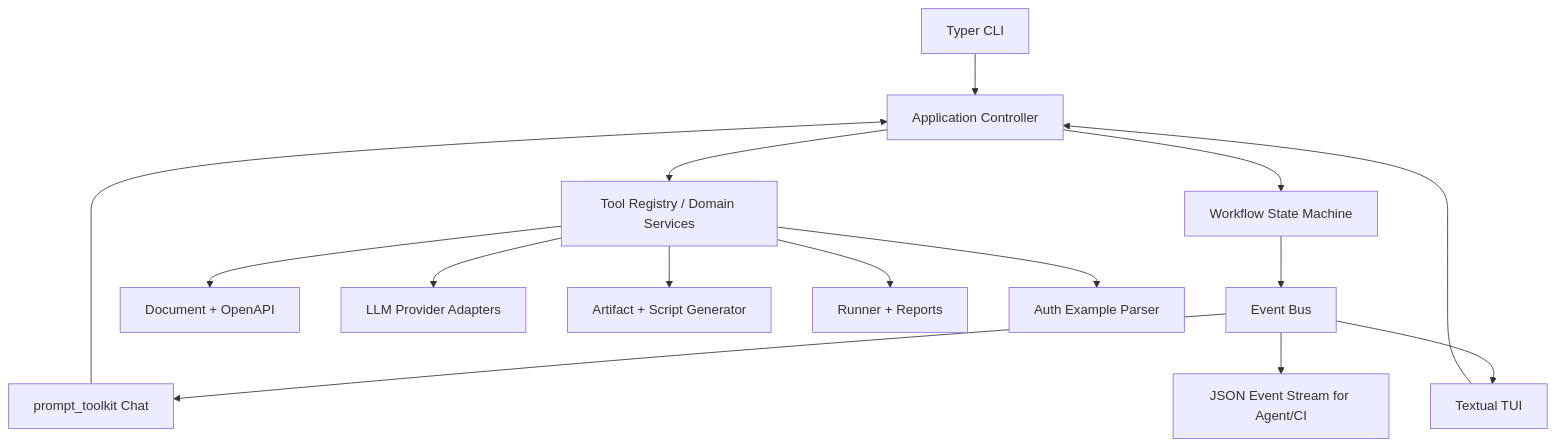
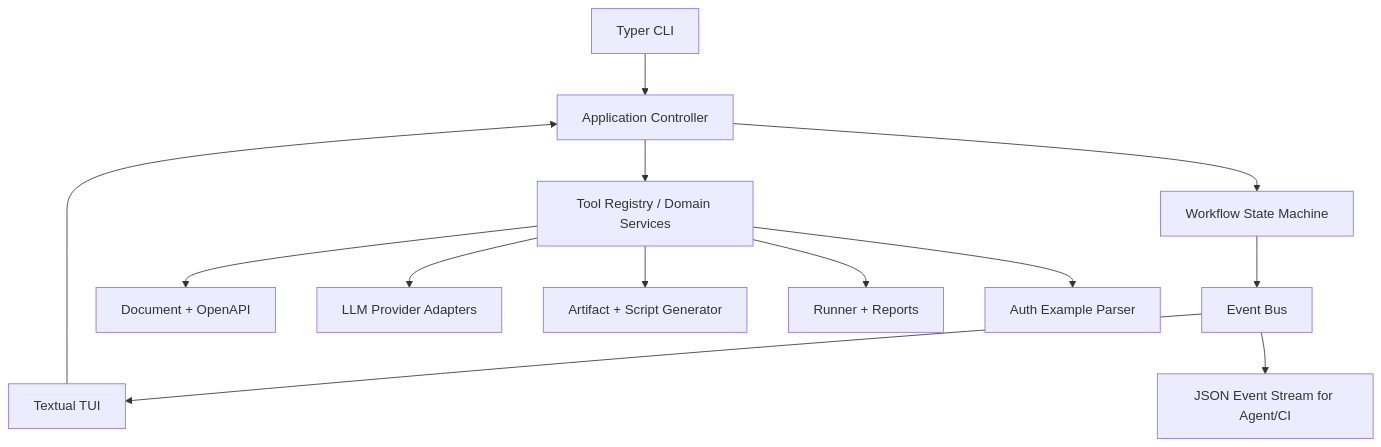
One commit to sunweitest/lingtest-cli changed the second of 2 diagrams in docs/hermes style TUI技术方案.md. Above: the diagram before and after it, drawn with Mermaid. The commit also changed other lines of this file, not shown here.

````diff
--- a/docs/hermes style TUI技术方案.md
+++ b/docs/hermes style TUI技术方案.md
@@ -259,17 +291,15 @@
 ```mermaid
 flowchart TD
     A["Typer CLI"] --> D["Application Controller"]
-    B["prompt_toolkit Chat"] --> D
     C["Textual TUI"] --> D
     D --> E["Workflow State Machine"]
     D --> F["Tool Registry / Domain Services"]
     E --> G["Event Bus"]
     F --> H["Document + OpenAPI"]
     F --> I["LLM Provider Adapters"]
     F --> J["Artifact + Script Generator"]
     F --> K["Runner + Reports"]
     F --> L["Auth Example Parser"]
-    G --> B
     G --> C
     G --> M["JSON Event Stream for Agent/CI"]
 ```
````
